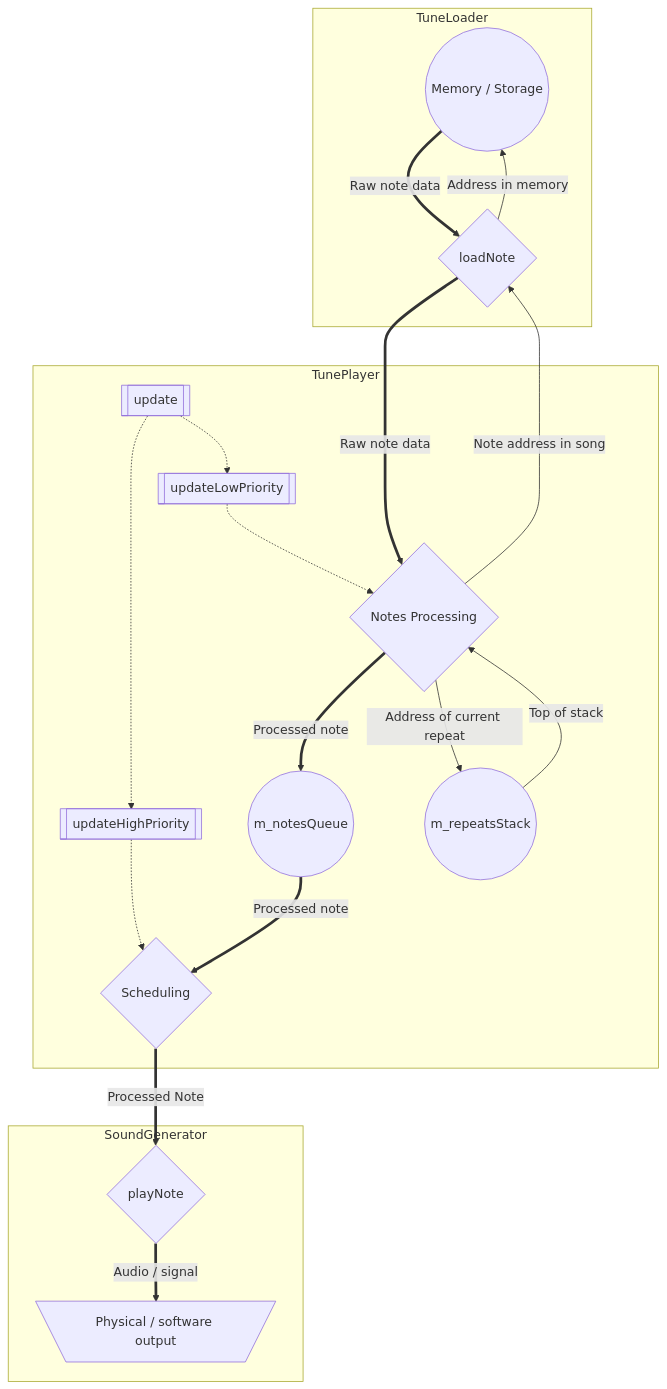
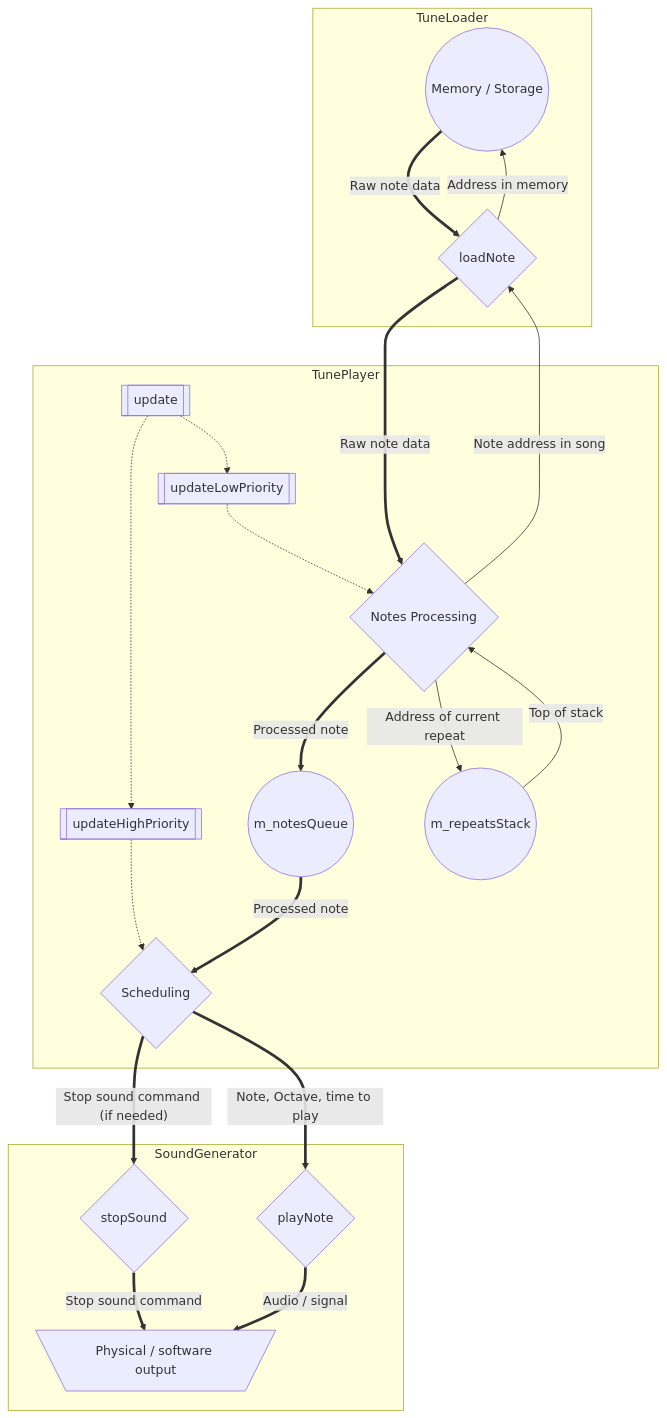
The diagram in extras/images/Pipeline.mmd (jgOhYeah/TunePlayer), drawn with Mermaid before and after one commit. The commit also changed 5 other files, not shown here.

```diff
--- a/extras/images/Pipeline.mmd
+++ b/extras/images/Pipeline.mmd
@@ -1,35 +1,38 @@
 graph TD;
     subgraph TuneLoader
         memory((Memory / Storage))
         loadNote{loadNote}
 
         loadNote -->|Address in memory|memory
         memory ==>|Raw note data| loadNote
     end
     subgraph TunePlayer
         update[[update]]
         updateLowPriority[[updateLowPriority]]
         updateHighPriority[[updateHighPriority]]
         processing{Notes Processing}
         scheduling{Scheduling}
         m_notesQueue((m_notesQueue))
         m_repeatsStack((m_repeatsStack))
 
         update .-> updateLowPriority
         update .-> updateHighPriority
         updateLowPriority .-> processing
         updateHighPriority .-> scheduling
         processing -->|Address of current repeat| m_repeatsStack
         m_repeatsStack -->|Top of stack| processing
         processing ==>|Processed note| m_notesQueue
         m_notesQueue ==>|Processed note| scheduling
     end
     subgraph SoundGenerator
         playNote{playNote}
+        stopSound{stopSound}
         output[\Physical / software output/]
+        stopSound ==>|Stop sound command|output
         playNote ==>|Audio / signal|output
     end
 
     loadNote ====>|Raw note data| processing
     processing ---->|Note address in song| loadNote
-    scheduling ==>|Processed Note| playNote
+    scheduling ==>|Note, Octave, time to play| playNote
+    scheduling ==>|"Stop sound command (if needed)"| stopSound
```
